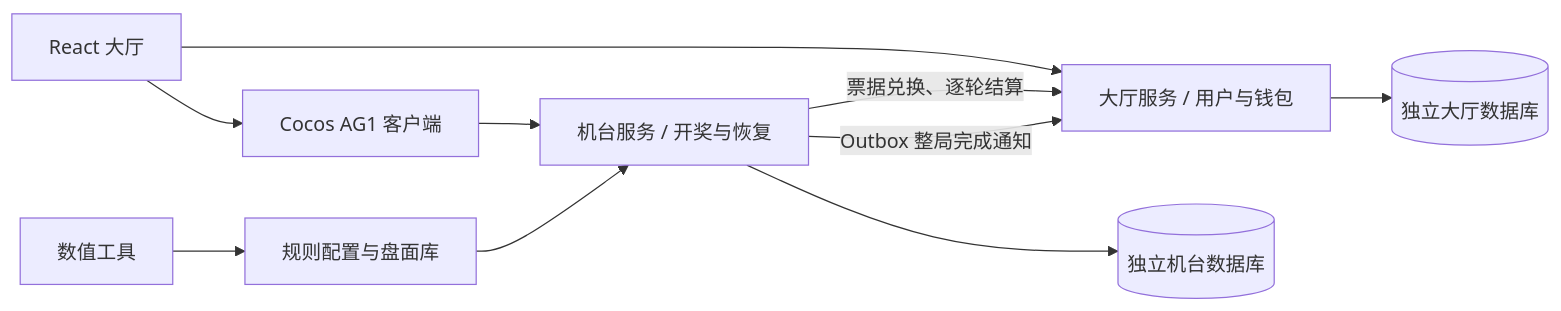
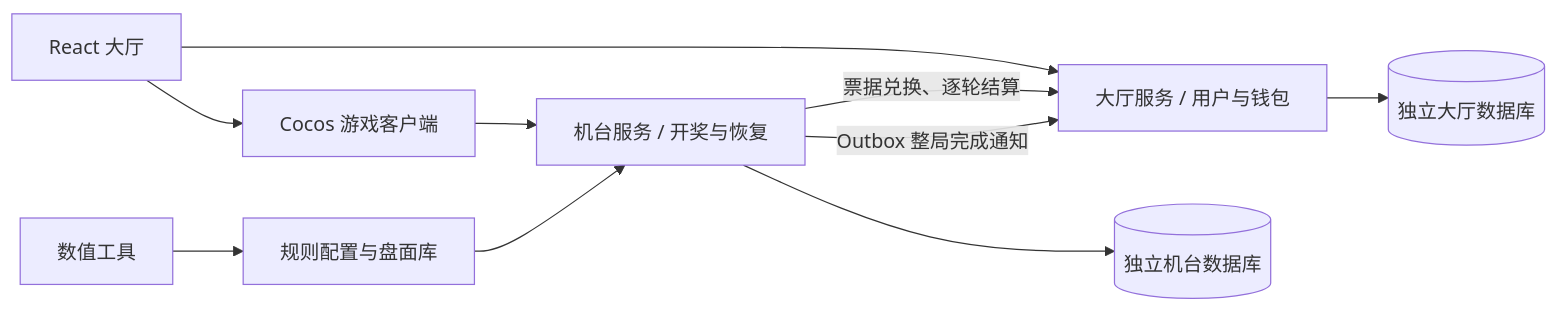
The diagram in README.md (tucker1019/aislots), drawn with Mermaid before and after one commit. The commit also changed other lines of this file, not shown here.

````diff
--- a/README.md
+++ b/README.md
@@ -33,12 +35,12 @@
 ```mermaid
 flowchart LR
     A[React 大厅] --> B[大厅服务 / 用户与钱包]
-    A --> C[Cocos AG1 客户端]
+    A --> C[Cocos 游戏客户端]
     C --> D[机台服务 / 开奖与恢复]
     D -->|票据兑换、逐轮结算| B
     D -->|Outbox 整局完成通知| B
     B --> E[(独立大厅数据库)]
     D --> F[(独立机台数据库)]
     G[数值工具] --> H[规则配置与盘面库]
     H --> D
 ```
````
